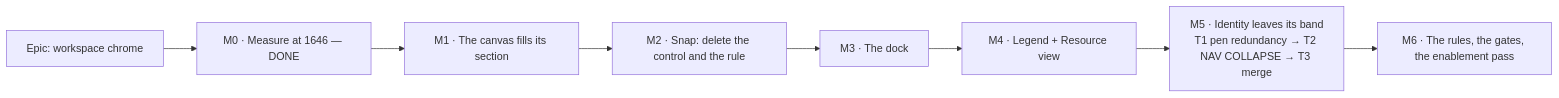
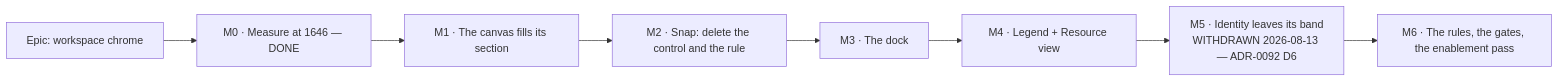
One commit to HuttonHomeHub/SchedulePoint_1 changed the diagram in docs/specs/workspace-chrome/implementation-plan.md. Above: the diagram before and after it, drawn with Mermaid. The commit also changed other lines of this file, not shown here.

First line of the commit message:
docs(repo): mark M5 withdrawn in the workspace-chrome plan

````diff
--- a/docs/specs/workspace-chrome/implementation-plan.md
+++ b/docs/specs/workspace-chrome/implementation-plan.md
@@ -9,10 +9,10 @@
 ```mermaid
 flowchart LR
   E["Epic: workspace chrome"] --> M0["M0 · Measure at 1646 — DONE"]
   M0 --> M1["M1 · The canvas fills its section"]
   M1 --> M2["M2 · Snap: delete the control and the rule"]
   M2 --> M3["M3 · The dock"]
   M3 --> M4["M4 · Legend + Resource view"]
-  M4 --> M5["M5 · Identity leaves its band<br/>T1 pen redundancy → T2 NAV COLLAPSE → T3 merge"]
+  M4 --> M5["M5 · Identity leaves its band<br/>WITHDRAWN 2026-08-13 — ADR-0092 D6"]
   M5 --> M6["M6 · The rules, the gates, the enablement pass"]
 ```
````
